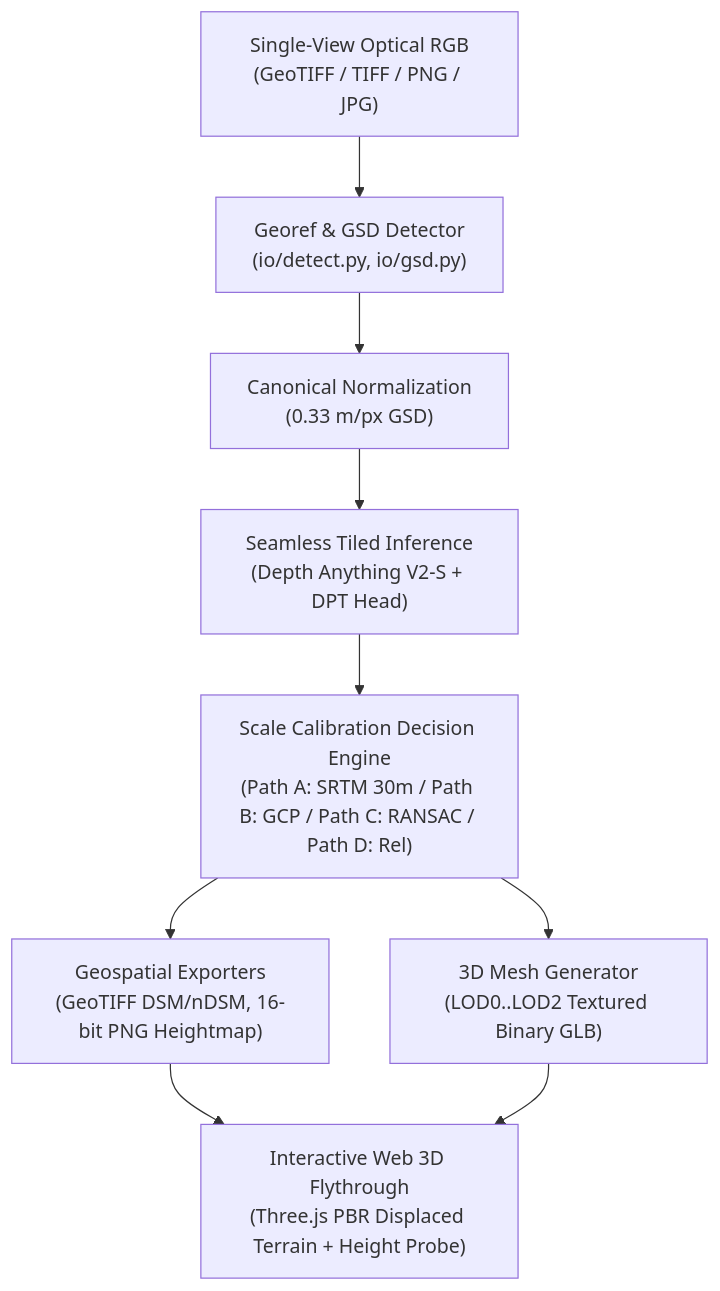
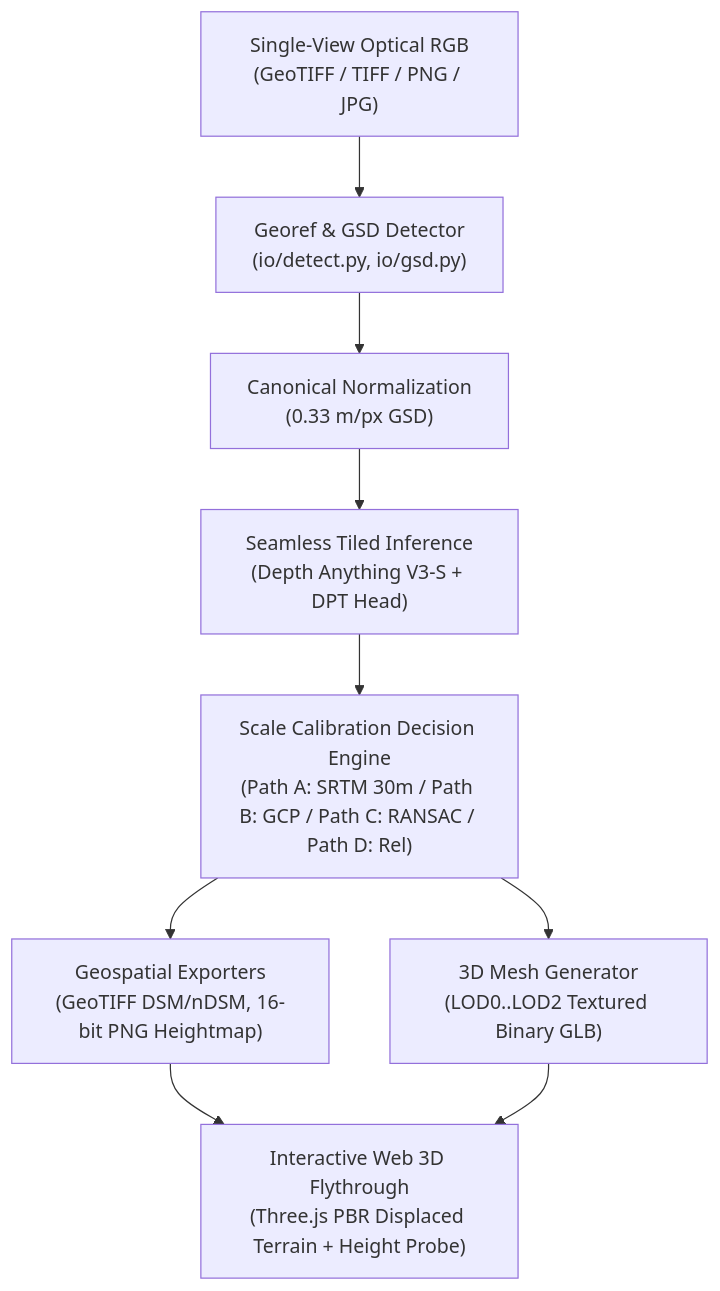
Before and after one commit to aquasimp/DepthWizard-SIH26175: the diagram in README.md, drawn with Mermaid. The commit also changed other lines of this file and 95 other files, not shown here.

````diff
--- a/README.md
+++ b/README.md
@@ -15,11 +15,11 @@
 ```mermaid
 graph TD
     A["Single-View Optical RGB<br/>(GeoTIFF / TIFF / PNG / JPG)"] --> B["Georef & GSD Detector<br/>(io/detect.py, io/gsd.py)"]
     B --> C["Canonical Normalization<br/>(0.33 m/px GSD)"]
-    C --> D["Seamless Tiled Inference<br/>(Depth Anything V2-S + DPT Head)"]
+    C --> D["Seamless Tiled Inference<br/>(Depth Anything V3-S + DPT Head)"]
     D --> E["Scale Calibration Decision Engine<br/>(Path A: SRTM 30m / Path B: GCP / Path C: RANSAC / Path D: Rel)"]
     E --> F["Geospatial Exporters<br/>(GeoTIFF DSM/nDSM, 16-bit PNG Heightmap)"]
     E --> G["3D Mesh Generator<br/>(LOD0..LOD2 Textured Binary GLB)"]
     F --> H["Interactive Web 3D Flythrough<br/>(Three.js PBR Displaced Terrain + Height Probe)"]
     G --> H
 ```
````
